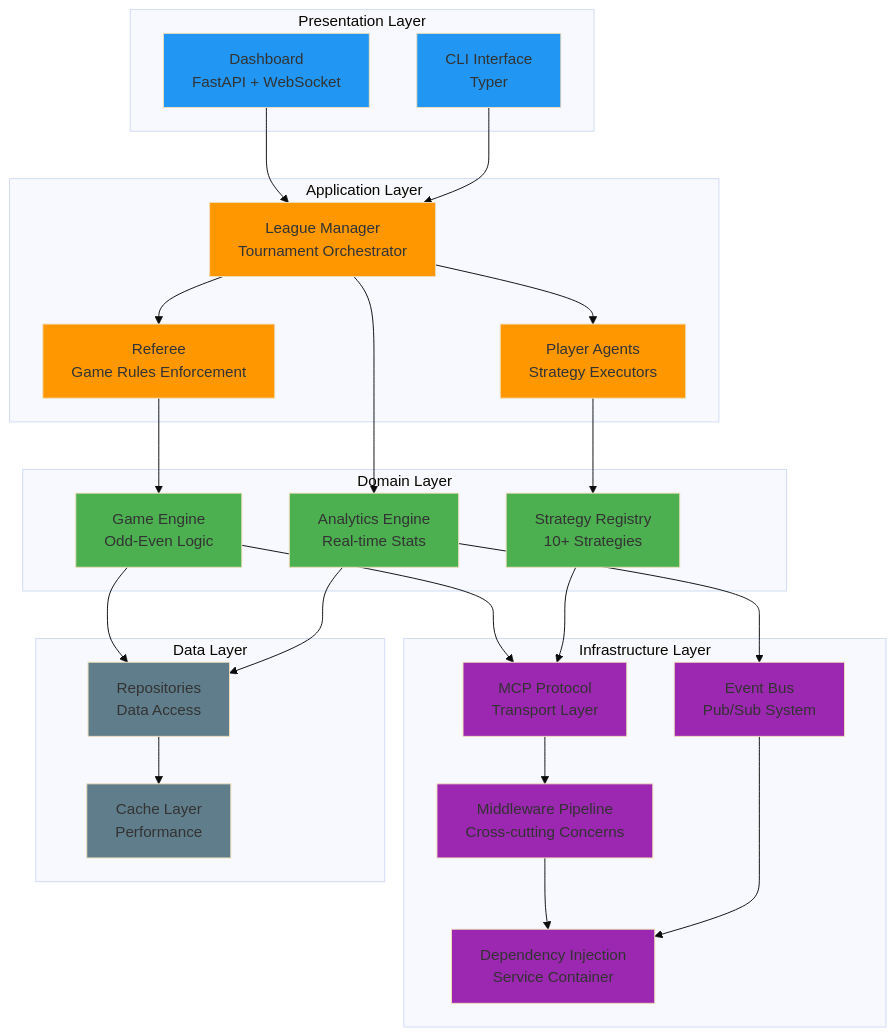
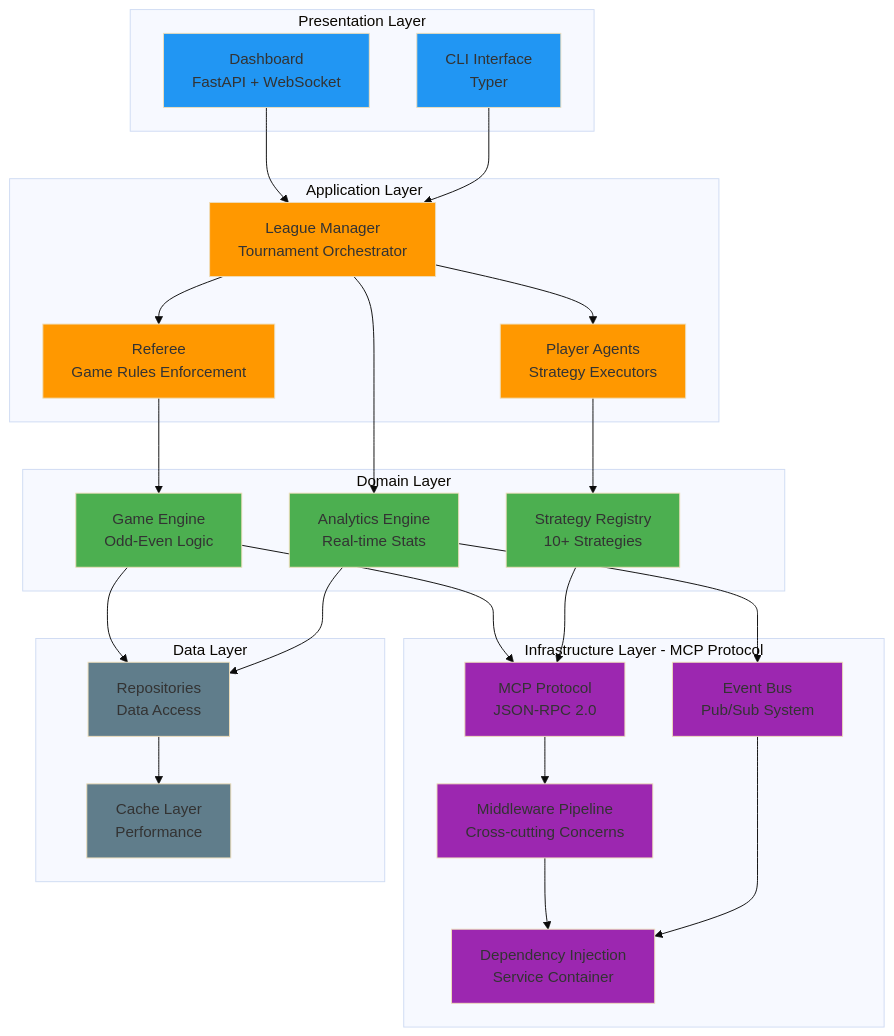
One commit to fouada/Assignment7_mcp-multi-agent-game changed the eighth of 15 diagrams in README.md. Above: the diagram before and after it, drawn with Mermaid (base theme). The commit also changed other lines of this file and 1 other file, not shown here.

````diff
--- a/README.md
+++ b/README.md
@@ -335,66 +613,66 @@
 ```mermaid
 graph TB
     subgraph "Presentation Layer"
         DASH[Dashboard<br/>FastAPI + WebSocket]
         CLI[CLI Interface<br/>Typer]
     end
 
     subgraph "Application Layer"
         LEAGUE[League Manager<br/>Tournament Orchestrator]
         REF[Referee<br/>Game Rules Enforcement]
         PLAYER[Player Agents<br/>Strategy Executors]
     end
 
     subgraph "Domain Layer"
         GAME[Game Engine<br/>Odd-Even Logic]
         STRAT[Strategy Registry<br/>10+ Strategies]
         ANALYTICS[Analytics Engine<br/>Real-time Stats]
     end
 
-    subgraph "Infrastructure Layer"
-        MCP[MCP Protocol<br/>Transport Layer]
+    subgraph "Infrastructure Layer - MCP Protocol"
+        MCP[MCP Protocol<br/>JSON-RPC 2.0]
         EVENT[Event Bus<br/>Pub/Sub System]
         DI[Dependency Injection<br/>Service Container]
         MIDDLEWARE[Middleware Pipeline<br/>Cross-cutting Concerns]
     end
 
     subgraph "Data Layer"
         REPO[Repositories<br/>Data Access]
         CACHE[Cache Layer<br/>Performance]
     end
 
     DASH --> LEAGUE
     CLI --> LEAGUE
     LEAGUE --> REF
     LEAGUE --> PLAYER
     REF --> GAME
     PLAYER --> STRAT
     LEAGUE --> ANALYTICS
 
     GAME --> MCP
     STRAT --> MCP
     ANALYTICS --> EVENT
     
     MCP --> MIDDLEWARE
     MIDDLEWARE --> DI
     EVENT --> DI
     
     GAME --> REPO
     ANALYTICS --> REPO
     REPO --> CACHE
 
     style DASH fill:#2196F3
     style CLI fill:#2196F3
     style LEAGUE fill:#FF9800
     style REF fill:#FF9800
     style PLAYER fill:#FF9800
     style GAME fill:#4CAF50
     style STRAT fill:#4CAF50
     style ANALYTICS fill:#4CAF50
     style MCP fill:#9C27B0
     style EVENT fill:#9C27B0
     style DI fill:#9C27B0
     style MIDDLEWARE fill:#9C27B0
     style REPO fill:#607D8B
     style CACHE fill:#607D8B
 ```
````
